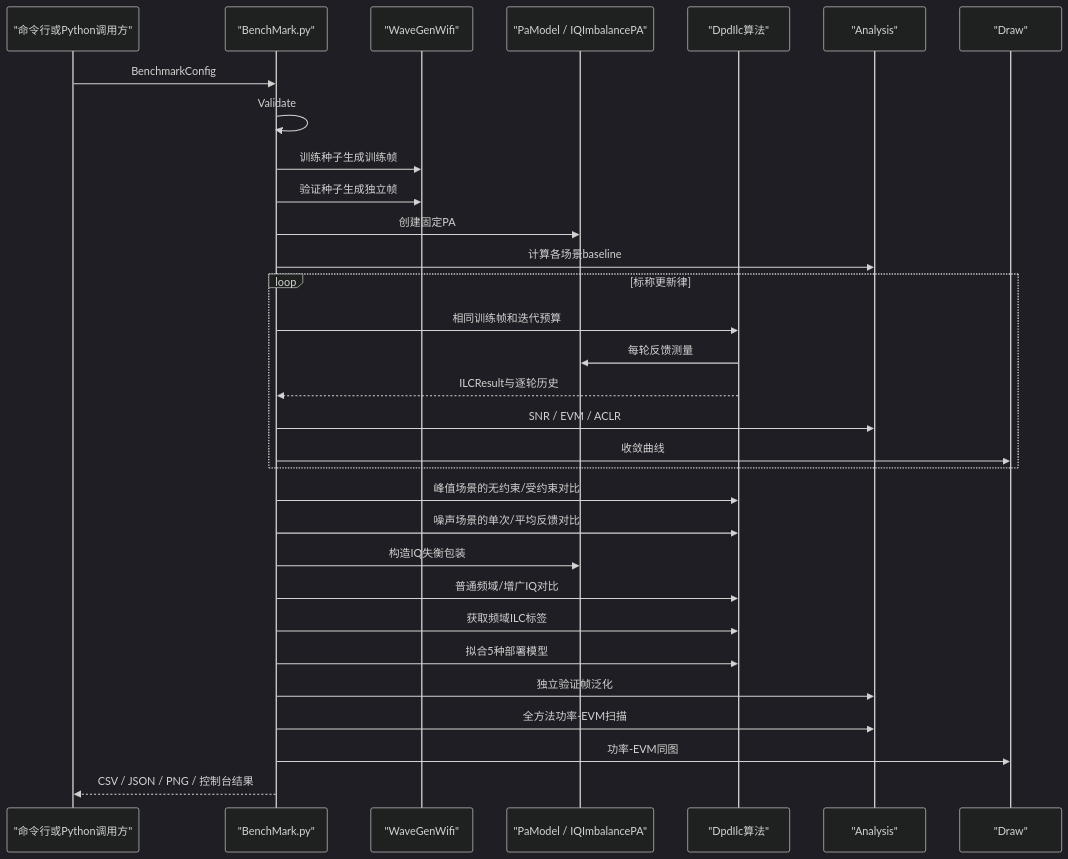
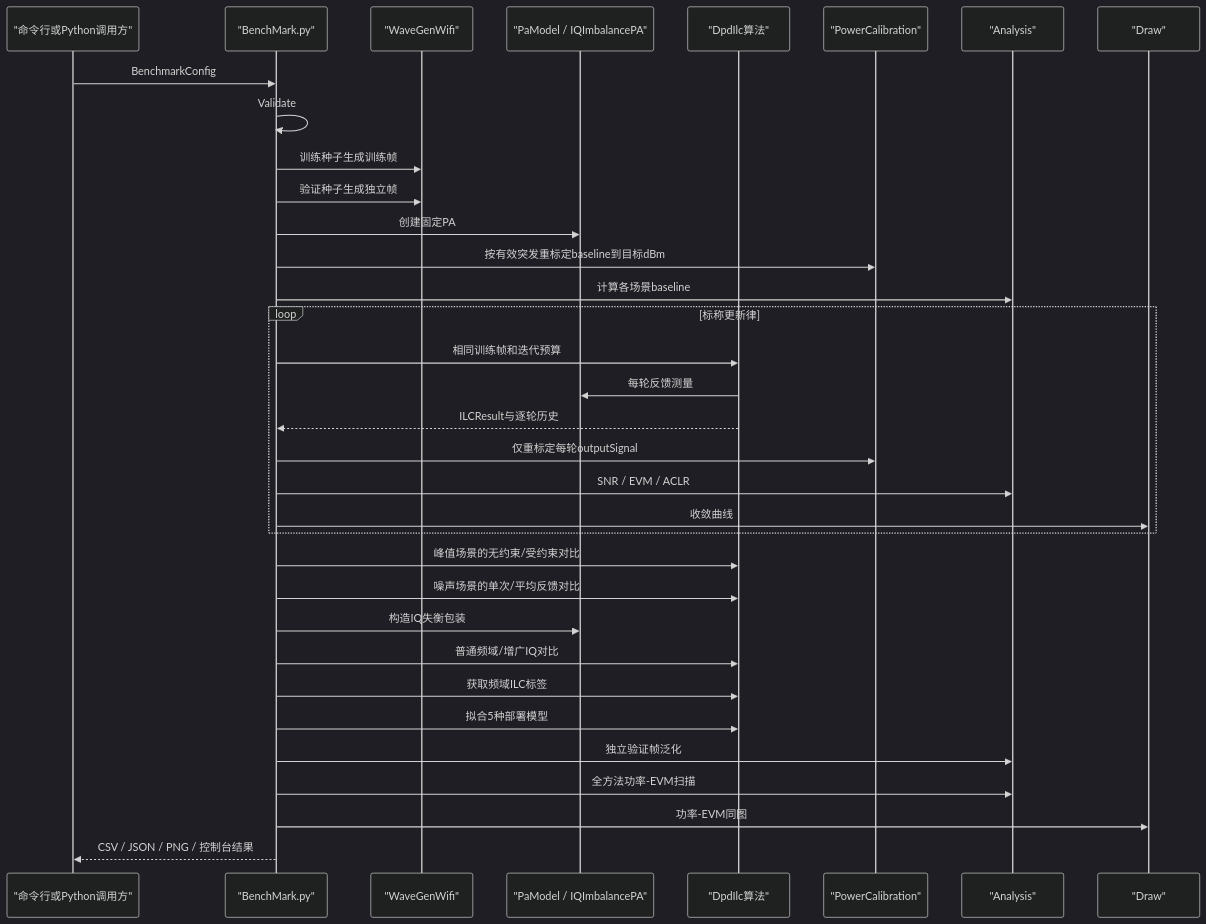
The second of 5 diagrams in doc/BenchMark.md (niyilu45/DPD_ILC), drawn with Mermaid (dark theme) before and after one commit. The commit also changed other lines of this file and 11 other files, not shown here.

````diff
--- a/doc/BenchMark.md
+++ b/doc/BenchMark.md
@@ -544,36 +544,39 @@
 ```mermaid
 sequenceDiagram
     participant User as "命令行或Python调用方"
     participant BM as "BenchMark.py"
     participant WG as "WaveGenWifi"
     participant PA as "PaModel / IQImbalancePA"
     participant ILC as "DpdIlc算法"
+    participant PC as "PowerCalibration"
     participant AN as "Analysis"
     participant DR as "Draw"
 
     User->>BM: BenchmarkConfig
     BM->>BM: Validate
     BM->>WG: 训练种子生成训练帧
     BM->>WG: 验证种子生成独立帧
     BM->>PA: 创建固定PA
+    BM->>PC: 按有效突发重标定baseline到目标dBm
     BM->>AN: 计算各场景baseline
 
     loop 标称更新律
         BM->>ILC: 相同训练帧和迭代预算
         ILC->>PA: 每轮反馈测量
         ILC-->>BM: ILCResult与逐轮历史
+        BM->>PC: 仅重标定每轮outputSignal
         BM->>AN: SNR / EVM / ACLR
         BM->>DR: 收敛曲线
     end
 
     BM->>ILC: 峰值场景的无约束/受约束对比
     BM->>ILC: 噪声场景的单次/平均反馈对比
     BM->>PA: 构造IQ失衡包装
     BM->>ILC: 普通频域/增广IQ对比
     BM->>ILC: 获取频域ILC标签
     BM->>ILC: 拟合5种部署模型
     BM->>AN: 独立验证帧泛化
     BM->>AN: 全方法功率-EVM扫描
     BM->>DR: 功率-EVM同图
     BM-->>User: CSV / JSON / PNG / 控制台结果
 ```
````
